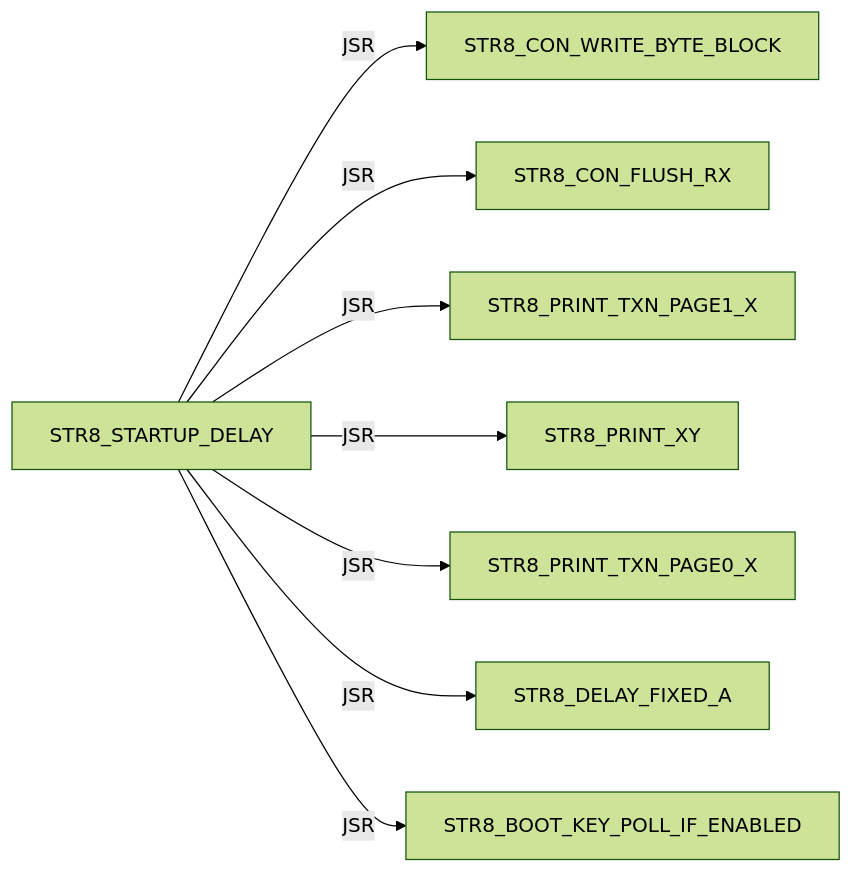
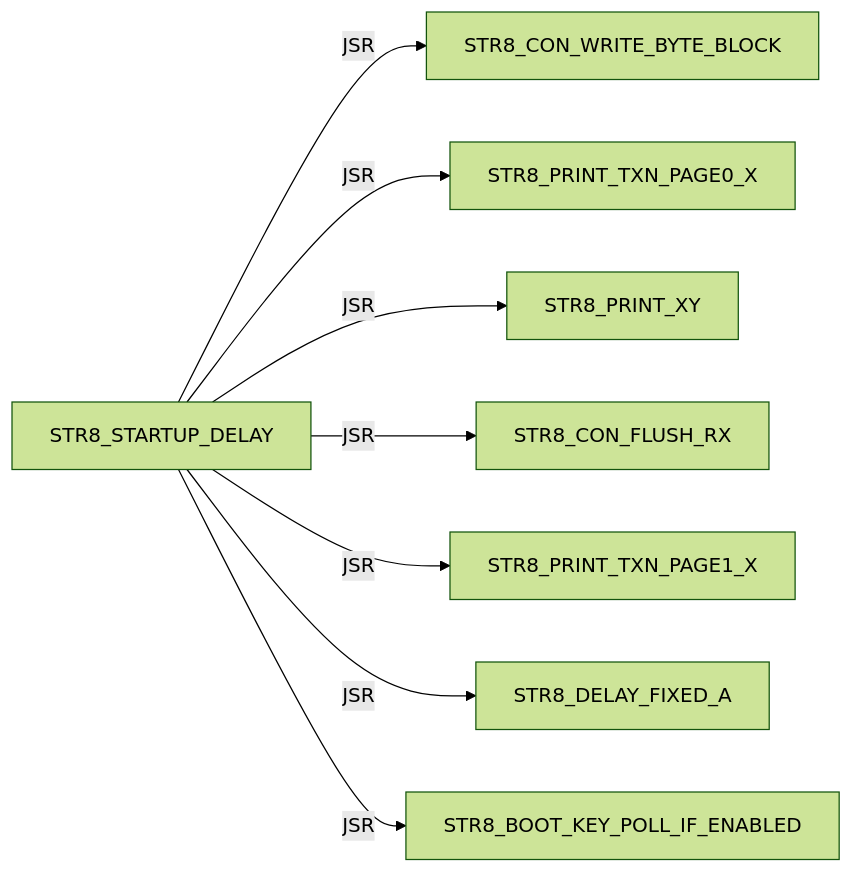
Before and after one commit to 95westus/R-YORS: diagram 30 of 41 in DOC/GUIDES/STR8/STR8_EDGE_DUMP.md, drawn with Mermaid (forest theme). The commit also changed other lines of this file and 16 other files, not shown here.

````diff
--- a/DOC/GUIDES/STR8/STR8_EDGE_DUMP.md
+++ b/DOC/GUIDES/STR8/STR8_EDGE_DUMP.md
@@ -426,10 +426,10 @@
 ```mermaid
 flowchart LR
     N0["STR8_STARTUP_DELAY"] -->|JSR| N1["STR8_CON_WRITE_BYTE_BLOCK"]
-    N0["STR8_STARTUP_DELAY"] -->|JSR| N2["STR8_CON_FLUSH_RX"]
-    N0["STR8_STARTUP_DELAY"] -->|JSR| N3["STR8_PRINT_TXN_PAGE1_X"]
-    N0["STR8_STARTUP_DELAY"] -->|JSR| N4["STR8_PRINT_XY"]
-    N0["STR8_STARTUP_DELAY"] -->|JSR| N5["STR8_PRINT_TXN_PAGE0_X"]
+    N0["STR8_STARTUP_DELAY"] -->|JSR| N2["STR8_PRINT_TXN_PAGE0_X"]
+    N0["STR8_STARTUP_DELAY"] -->|JSR| N3["STR8_PRINT_XY"]
+    N0["STR8_STARTUP_DELAY"] -->|JSR| N4["STR8_CON_FLUSH_RX"]
+    N0["STR8_STARTUP_DELAY"] -->|JSR| N5["STR8_PRINT_TXN_PAGE1_X"]
     N0["STR8_STARTUP_DELAY"] -->|JSR| N6["STR8_DELAY_FIXED_A"]
     N0["STR8_STARTUP_DELAY"] -->|JSR| N7["STR8_BOOT_KEY_POLL_IF_ENABLED"]
 ```
````
